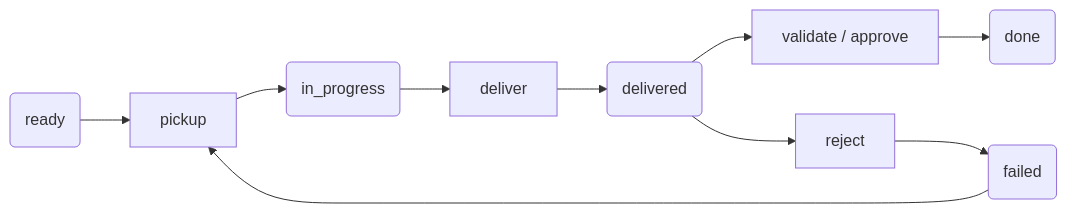
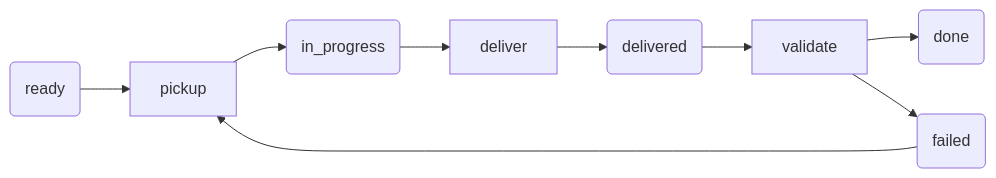
The diagram in docs/guides/contracts.md (1broseidon/brainfile), drawn with Mermaid before and after one commit. The commit also changed other lines of this file and 25 other files, not shown here.

````diff
--- a/docs/guides/contracts.md
+++ b/docs/guides/contracts.md
@@ -60,12 +60,11 @@
 ```mermaid
 graph LR
   ready(ready) --> pickup[pickup]
   pickup --> in_progress(in_progress)
   in_progress --> deliver[deliver]
   deliver --> delivered(delivered)
-  delivered --> validate[validate / approve]
+  delivered --> validate[validate]
   validate --> done(done)
-  delivered --> reject[reject]
-  reject --> failed(failed)
+  validate --> failed(failed)
   failed --> pickup
 ```
````
